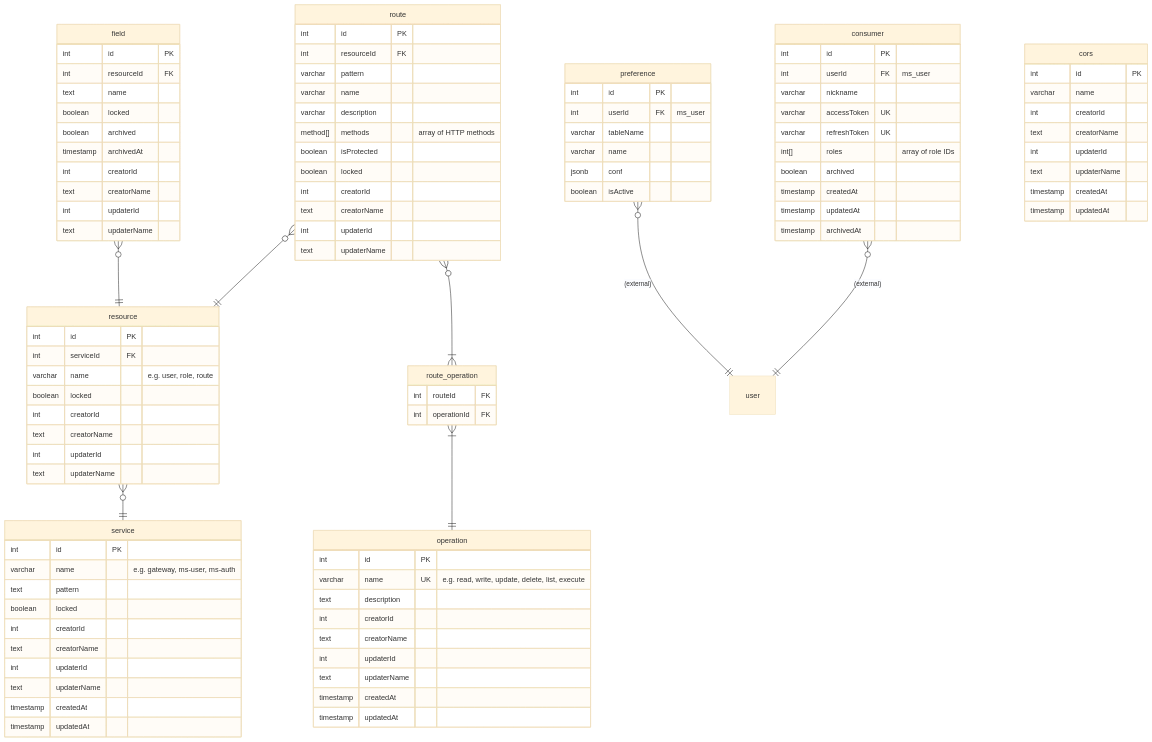
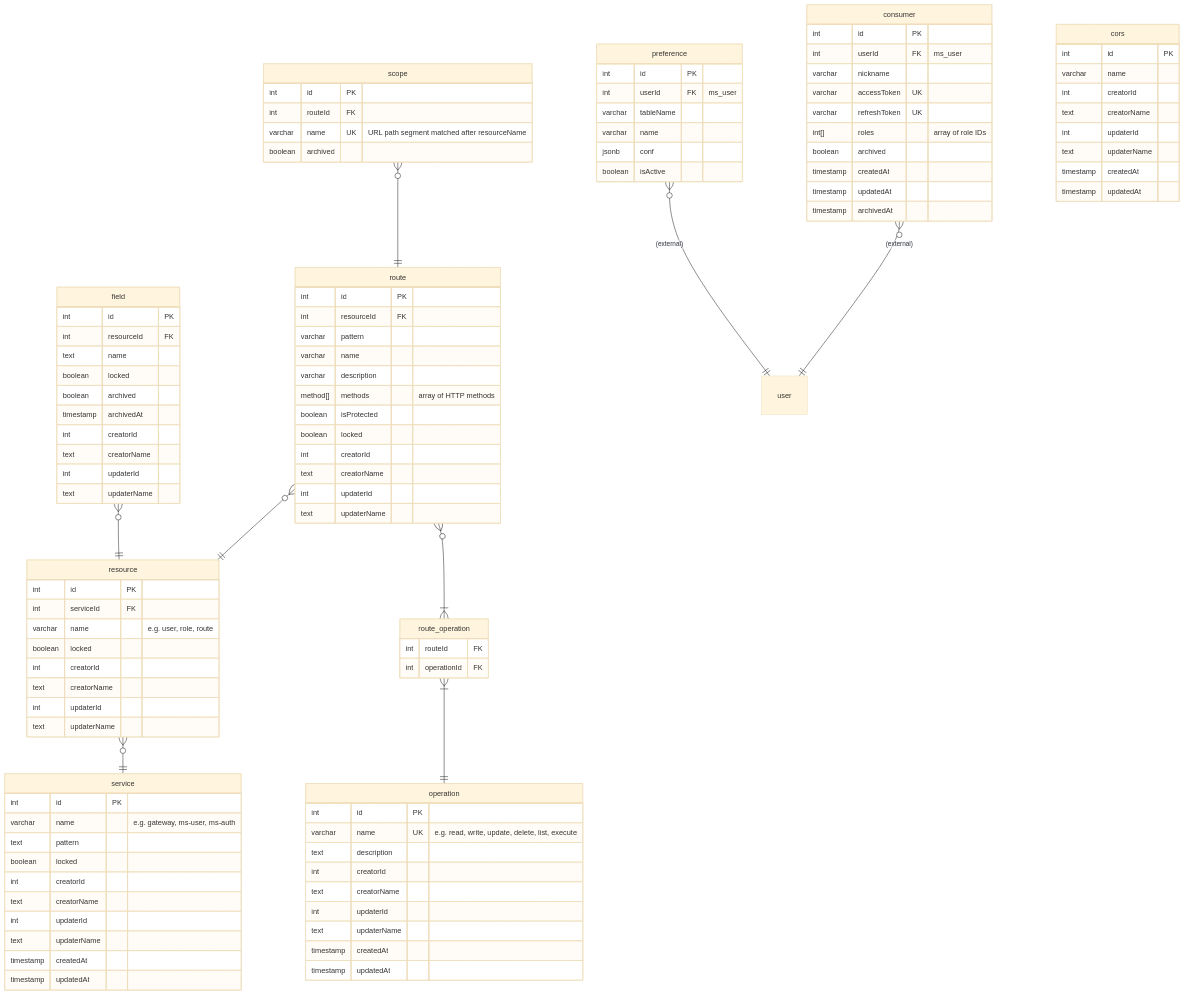
Before and after one commit to ALTEN-group/Gatelin: the diagram in doc/erd.md, drawn with Mermaid (base theme). The commit also changed 5 other files, not shown here.

```diff
--- a/doc/erd.md
+++ b/doc/erd.md
@@ -12,6 +12,7 @@
   route }o--|{ route_operation : ""
   route_operation }|--|| operation : ""
   field }o--|| resource : ""
+  scope }o--|| route : ""
   consumer }o--|| user : "(external)"
   preference }o--|| user : "(external)"
   consumer {
@@ -115,6 +116,14 @@
     jsonb conf
     boolean isActive
   }
+
+  scope {
+    int id PK
+    int routeId FK
+    varchar name UK "URL path segment matched after resourceName"
+    boolean archived
+  }
+
   user {
     
   }
```
